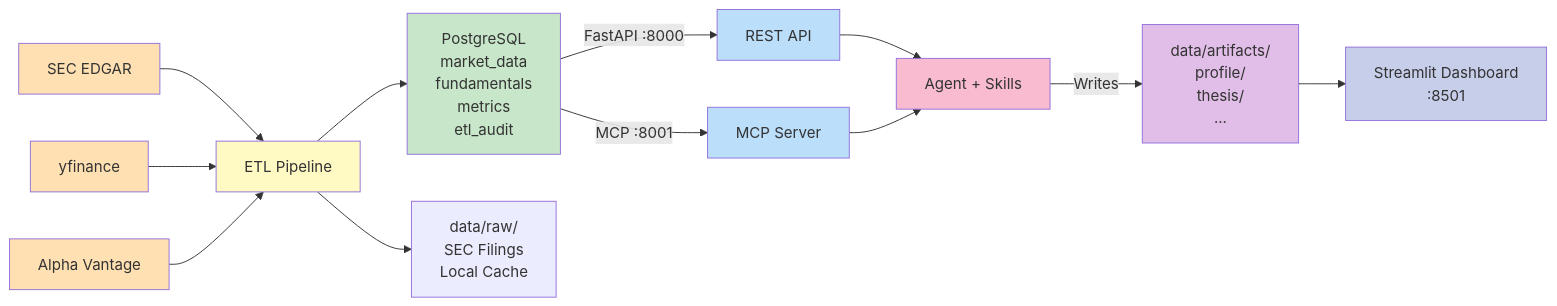
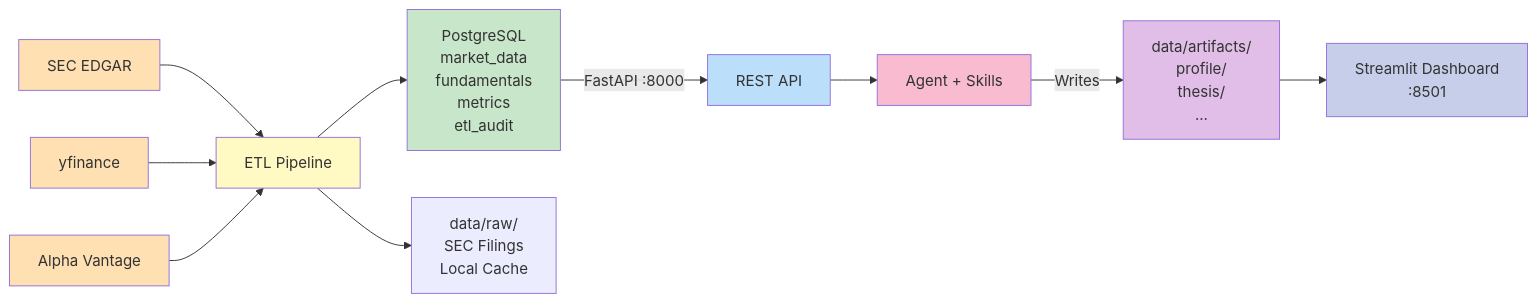
The second of 2 diagrams in README.md (luzhenyv/personal-financial-skills), drawn with Mermaid before and after one commit. The commit also changed other lines of this file and 23 other files, not shown here.

````diff
--- a/README.md
+++ b/README.md
@@ -51,34 +50,31 @@
 ```mermaid
 graph LR
     SEC["SEC EDGAR"]
     YF["yfinance"]
     AV["Alpha Vantage"]
     
     SEC --> ETL["ETL Pipeline"]
     YF --> ETL
     AV --> ETL
     
     ETL --> PG["PostgreSQL<br/>market_data<br/>fundamentals<br/>metrics<br/>etl_audit"]
     ETL --> RAW["data/raw/<br/>SEC Filings<br/>Local Cache"]
     
     PG -->|FastAPI :8000| API["REST API"]
-    PG -->|MCP :8001| MCP["MCP Server"]
     
     API --> SKILLS["Agent + Skills"]
-    MCP --> SKILLS
     
     SKILLS -->|Writes| ARTIFACTS["data/artifacts/<br/>profile/<br/>thesis/<br/>..."]
     
     ARTIFACTS --> STREAMLIT["Streamlit Dashboard<br/>:8501"]
     
     style SEC fill:#ffe0b2
     style YF fill:#ffe0b2
     style AV fill:#ffe0b2
     style ETL fill:#fff9c4
     style PG fill:#c8e6c9
     style API fill:#bbdefb
-    style MCP fill:#bbdefb
     style SKILLS fill:#f8bbd0
     style ARTIFACTS fill:#e1bee7
     style STREAMLIT fill:#c7ceea
 ```
````
